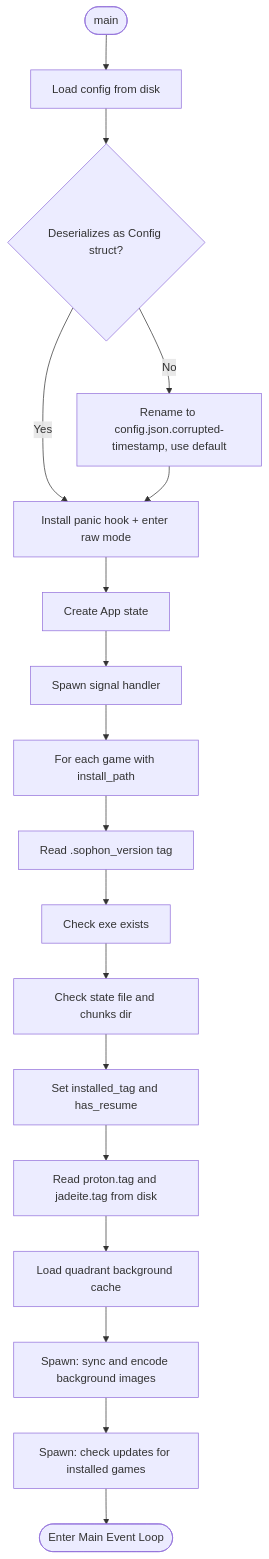
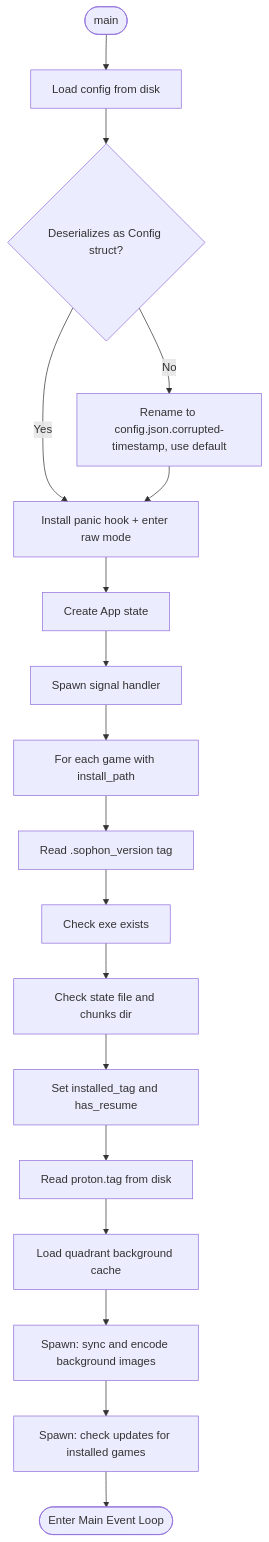
One commit to ChakornK/elysiae-tui changed the third of 21 diagrams in UX.md. Above: the diagram before and after it, drawn with Mermaid. The commit also changed other lines of this file and 9 other files, not shown here.

````diff
--- a/UX.md
+++ b/UX.md
@@ -63,20 +63,20 @@
 ```mermaid
 flowchart TD
     Start([main]) --> LoadConfig[Load config from disk]
     LoadConfig --> Corrupt{Deserializes as Config struct?}
     Corrupt -->|No| Preserve[Rename to config.json.corrupted-timestamp, use default]
     Corrupt -->|Yes| InitTerm
     Preserve --> InitTerm[Install panic hook + enter raw mode]
     InitTerm -->     InitApp[Create App state]
     InitApp --> SpawnSignal[Spawn signal handler]
     SpawnSignal --> ScanGames[For each game with install_path]
     ScanGames --> ReadTag[Read .sophon_version tag]
     ReadTag --> CheckExe[Check exe exists]
     CheckExe --> CheckState[Check state file and chunks dir]
     CheckState --> DeriveState[Set installed_tag and has_resume]
-    DeriveState --> SyncComponents[Read proton.tag and jadeite.tag from disk]
+    DeriveState --> SyncComponents[Read proton.tag from disk]
     SyncComponents --> LoadCache[Load quadrant background cache]
     LoadCache --> SpawnBG[Spawn: sync and encode background images]
     SpawnBG --> SpawnUpdate[Spawn: check updates for installed games]
     SpawnUpdate --> EnterLoop([Enter Main Event Loop])
 ```
````
